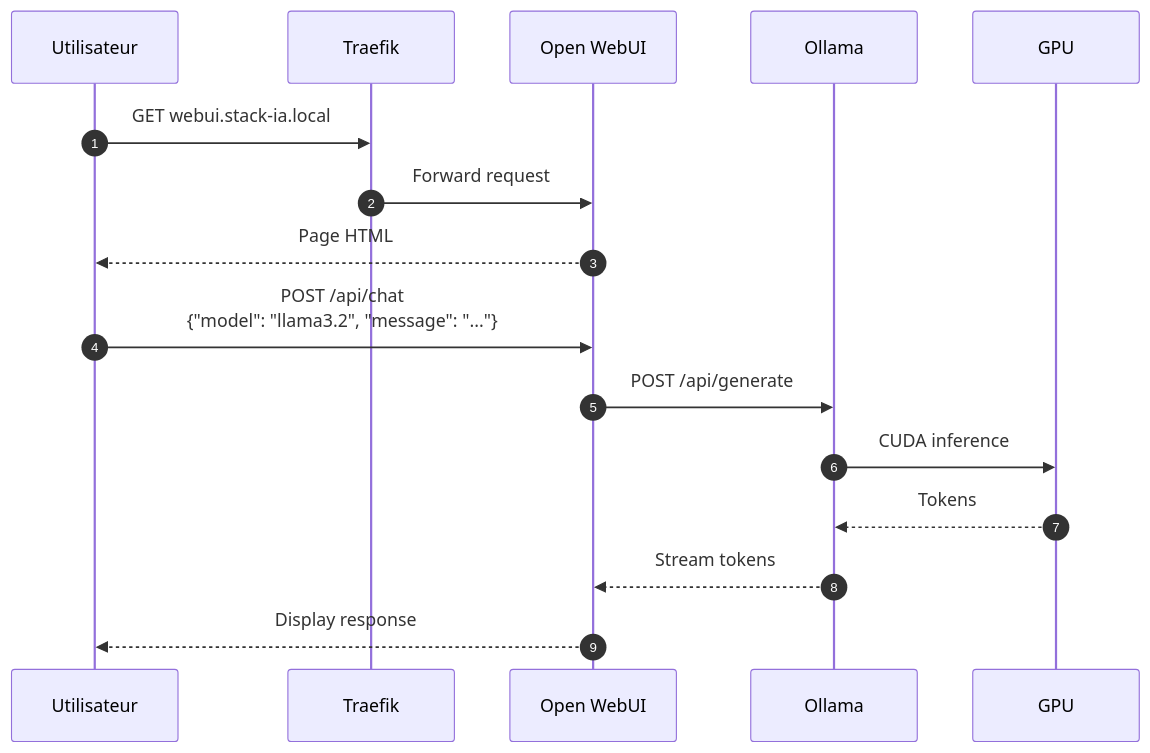
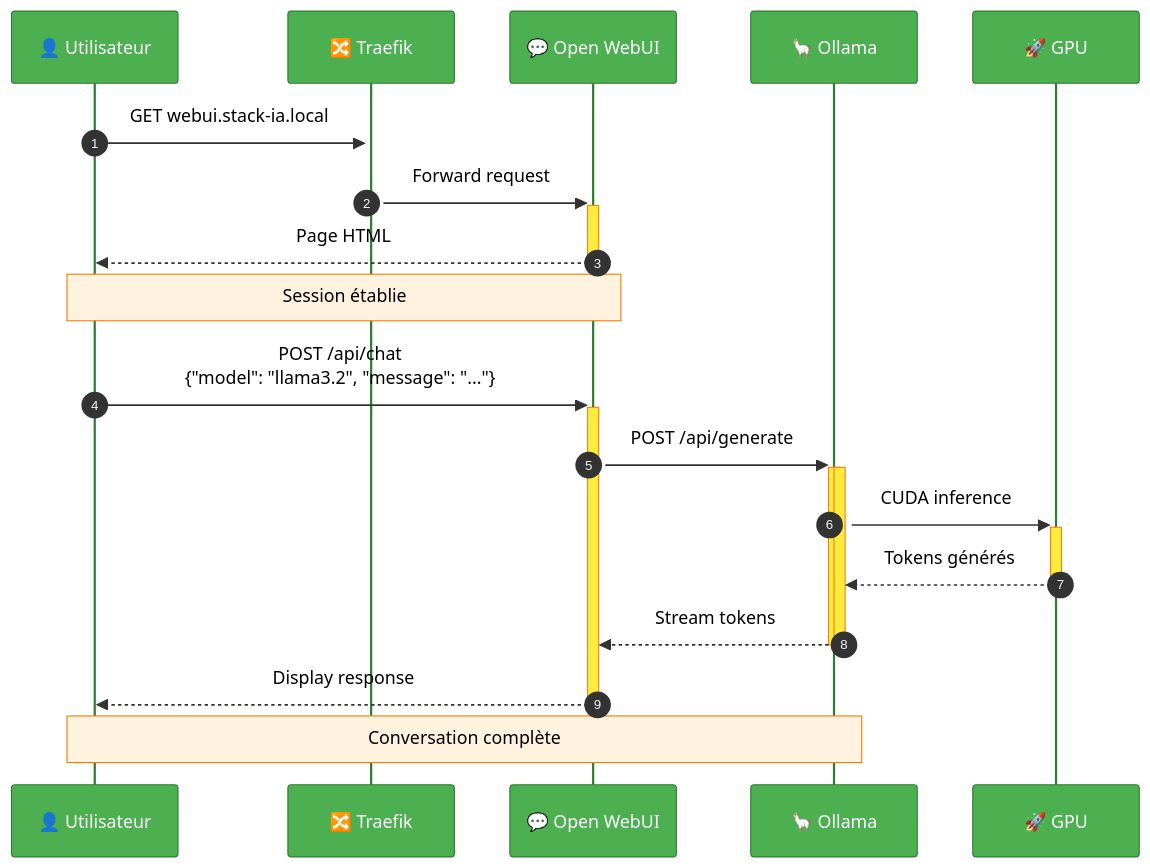
One commit to MPFabio/Stack-IA changed the seventh of 14 diagrams in docs/ARCHITECTURE.md. Above: the diagram before and after it, drawn with Mermaid. The commit also changed other lines of this file, not shown here.

First line of the commit message:
feat(docs): Architecture ultra-colorée et moderne

````diff
--- a/docs/ARCHITECTURE.md
+++ b/docs/ARCHITECTURE.md
@@ -405,20 +455,27 @@
 ```mermaid
+%%{init: {'theme':'base', 'themeVariables': {'actorBkg':'#4CAF50','actorBorder':'#2e7d32','actorTextColor':'#fff','noteBkgColor':'#fff3e0','noteTextColor':'#000','noteBorderColor':'#f57c00','signalColor':'#333','signalTextColor':'#000','labelBoxBkgColor':'#e3f2fd','labelTextColor':'#000','loopTextColor':'#000','activationBkgColor':'#ffeb3b','activationBorderColor':'#f57f17'}}}%%
 sequenceDiagram
     autonumber
-    participant U as Utilisateur
-    participant T as Traefik
-    participant W as Open WebUI
-    participant O as Ollama
-    participant G as GPU
+    participant U as 👤 Utilisateur
+    participant T as 🔀 Traefik
+    participant W as 💬 Open WebUI
+    participant O as 🦙 Ollama
+    participant G as 🚀 GPU
     
-    U->>T: GET webui.stack-ia.local
-    T->>W: Forward request
-    W-->>U: Page HTML
+    U->>+T: GET webui.stack-ia.local
+    T->>+W: Forward request
+    W-->>-U: Page HTML
     
-    U->>W: POST /api/chat<br/>{"model": "llama3.2", "message": "..."}
-    W->>O: POST /api/generate
-    O->>G: CUDA inference
-    G-->>O: Tokens
-    O-->>W: Stream tokens
-    W-->>U: Display response
+    Note over U,W: Session établie
+    
+    U->>+W: POST /api/chat<br/>{"model": "llama3.2", "message": "..."}
+    W->>+O: POST /api/generate
+    activate O
+    O->>+G: CUDA inference
+    G-->>-O: Tokens générés
+    O-->>-W: Stream tokens
+    deactivate O
+    W-->>-U: Display response
+    
+    Note over U,O: Conversation complète
 ```
````
